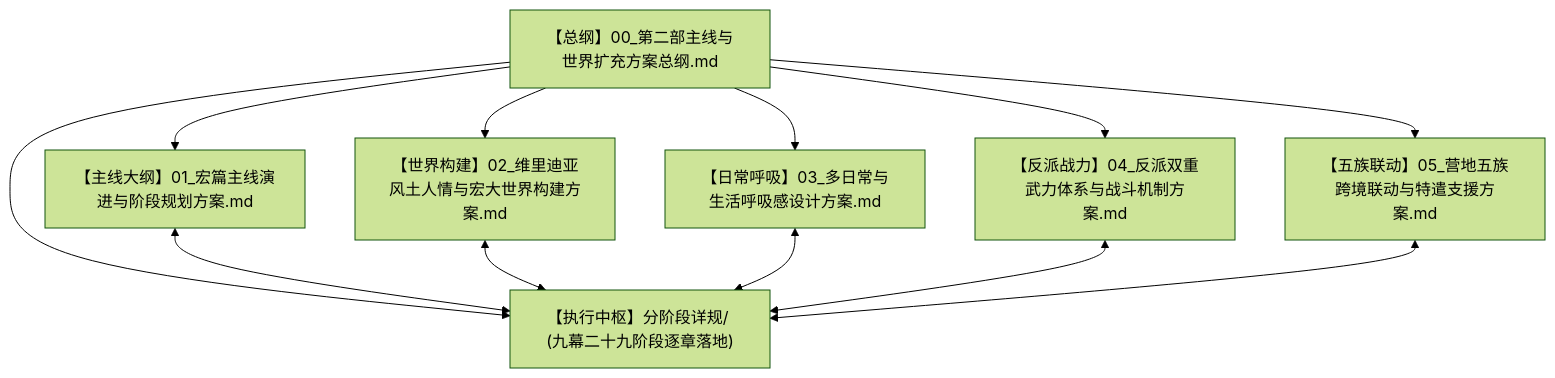
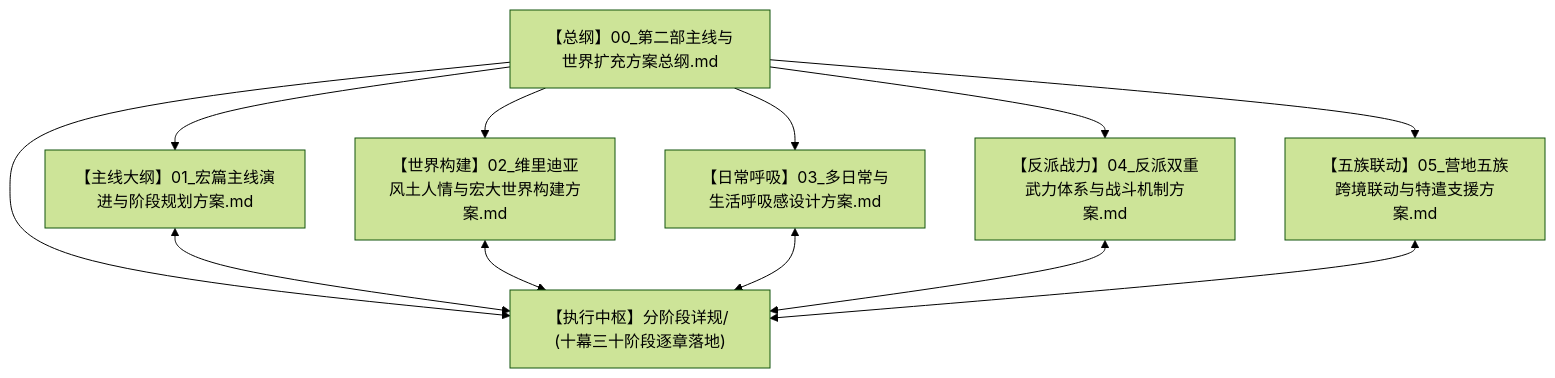
Before and after one commit to soranokiseki1437/eldoria-worldbook: the first of 5 diagrams in 方案/第二部/主线与世界扩充方案/00_第二部主线与世界扩充方案总纲.md, drawn with Mermaid (forest theme). The commit also changed other lines of this file and 31 other files, not shown here.

````diff
--- a/方案/第二部/主线与世界扩充方案/00_第二部主线与世界扩充方案总纲.md
+++ b/方案/第二部/主线与世界扩充方案/00_第二部主线与世界扩充方案总纲.md
@@ -13,25 +13,25 @@
 ```mermaid
 graph TD
     Root["【总纲】00_第二部主线与世界扩充方案总纲.md"]
     
     Sub1["【主线大纲】01_宏篇主线演进与阶段规划方案.md"]
     Sub2["【世界构建】02_维里迪亚风土人情与宏大世界构建方案.md"]
     Sub3["【日常呼吸】03_多日常与生活呼吸感设计方案.md"]
     Sub4["【反派战力】04_反派双重武力体系与战斗机制方案.md"]
     Sub5["【五族联动】05_营地五族跨境联动与特遣支援方案.md"]
     
-    Stages["【执行中枢】分阶段详规/ (九幕二十九阶段逐章落地)"]
+    Stages["【执行中枢】分阶段详规/ (十幕三十阶段逐章落地)"]
 
     Root --> Sub1
     Root --> Sub2
     Root --> Sub3
     Root --> Sub4
     Root --> Sub5
     Root --> Stages
 
     Sub1 <--> Stages
     Sub2 <--> Stages
     Sub3 <--> Stages
     Sub4 <--> Stages
     Sub5 <--> Stages
 ```
````
